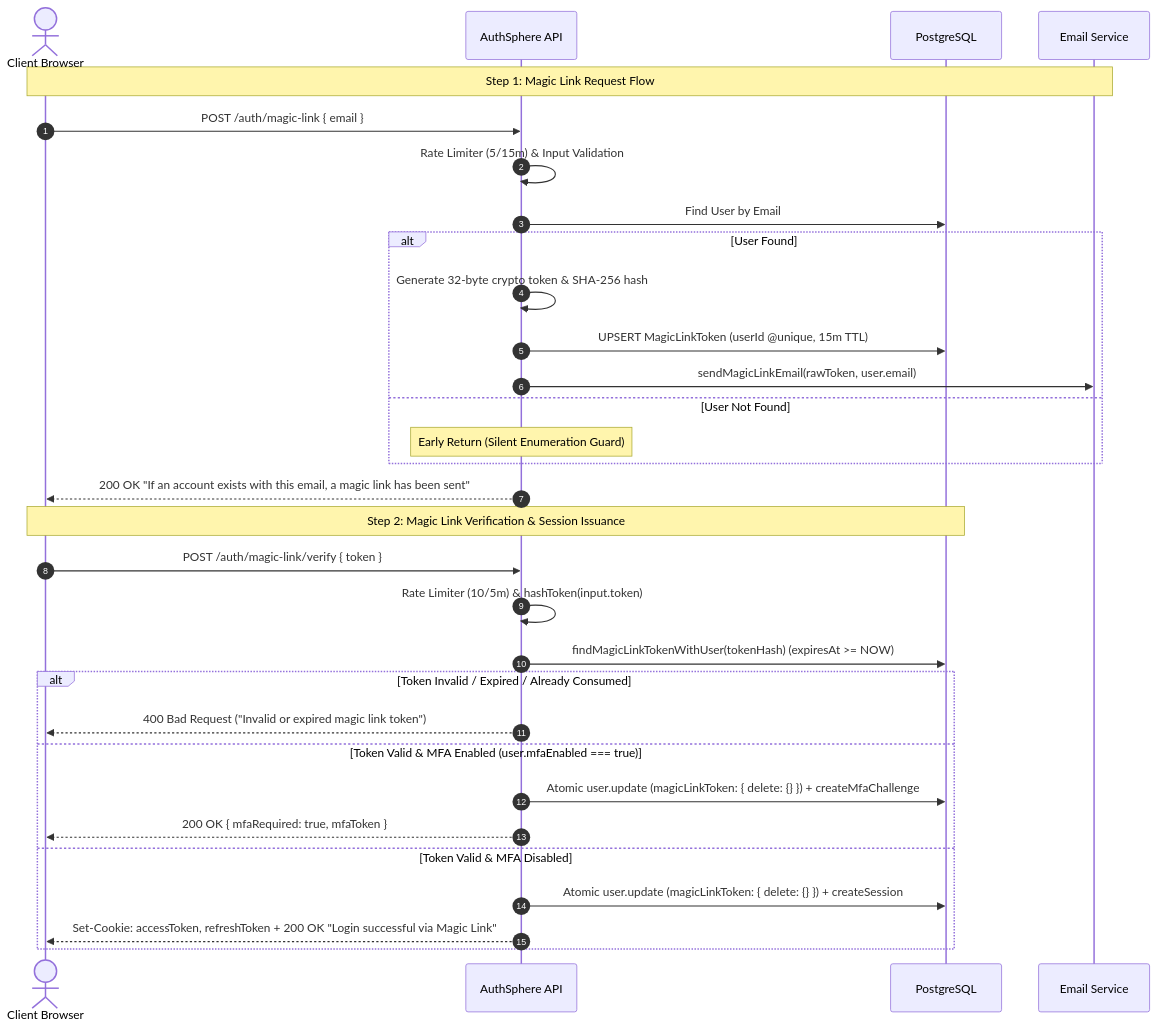
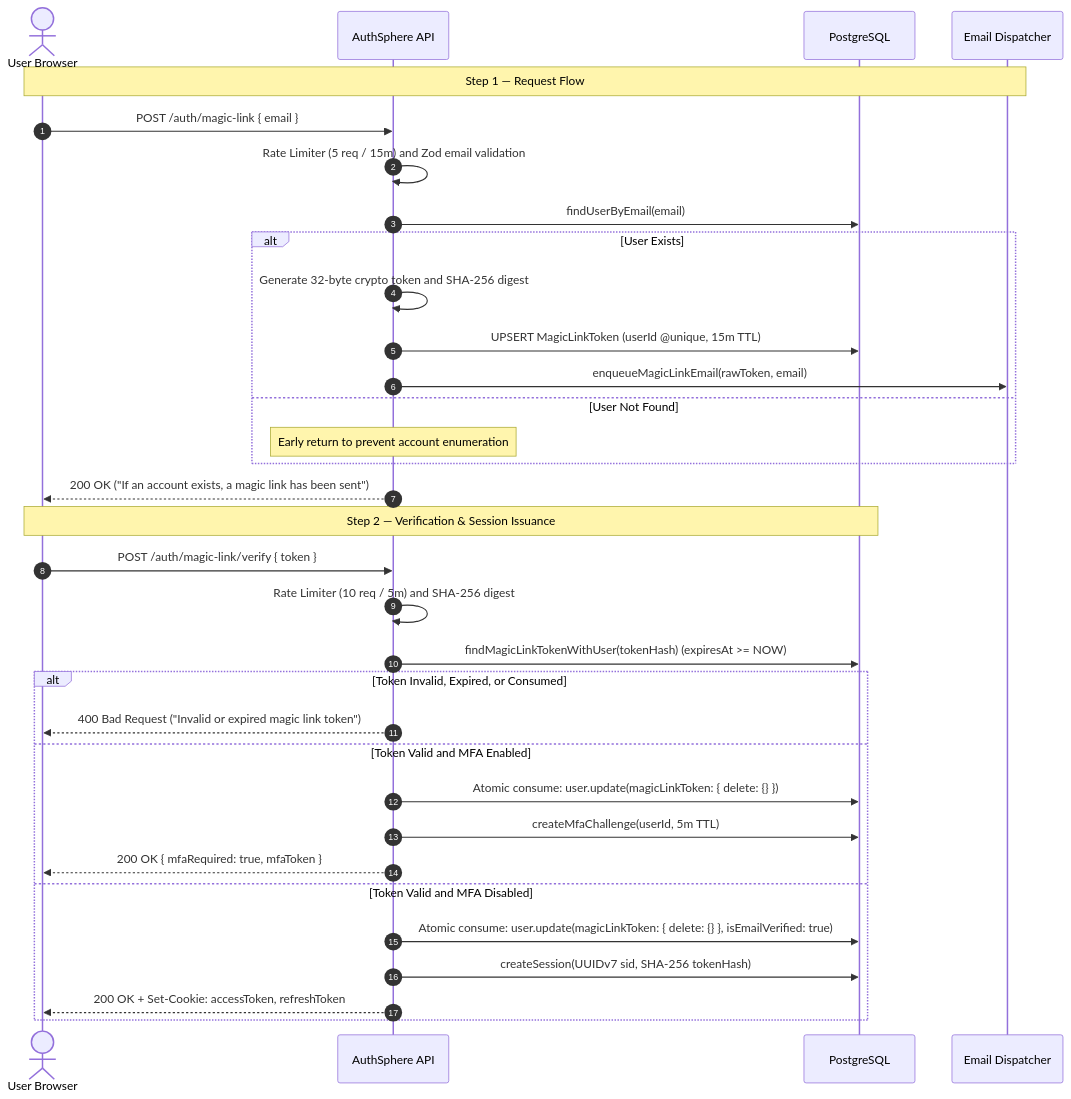
The fifth of 9 diagrams in docs/ARCHITECTURE.md (utkarshj014/authsphere), drawn with Mermaid before and after one commit. The commit also changed other lines of this file and 6 other files, not shown here.

````diff
--- a/docs/ARCHITECTURE.md
+++ b/docs/ARCHITECTURE.md
@@ -409,35 +427,37 @@
 ```mermaid
 sequenceDiagram
     autonumber
-    actor User as Client Browser
+    actor Client as User Browser
     participant API as AuthSphere API
     participant DB as PostgreSQL
-    participant Email as Email Service
+    participant Queue as Email Dispatcher
 
-    Note over User, Email: Step 1: Magic Link Request Flow
-    User->>API: POST /auth/magic-link { email }
-    API->>API: Rate Limiter (5/15m) & Input Validation
-    API->>DB: Find User by Email
-    alt User Found
-        API->>API: Generate 32-byte crypto token & SHA-256 hash
+    Note over Client, Queue: Step 1 — Request Flow
+    Client->>API: POST /auth/magic-link { email }
+    API->>API: Rate Limiter (5 req / 15m) and Zod email validation
+    API->>DB: findUserByEmail(email)
+    alt User Exists
+        API->>API: Generate 32-byte crypto token and SHA-256 digest
         API->>DB: UPSERT MagicLinkToken (userId @unique, 15m TTL)
-        API->>Email: sendMagicLinkEmail(rawToken, user.email)
+        API->>Queue: enqueueMagicLinkEmail(rawToken, email)
     else User Not Found
-        Note over API: Early Return (Silent Enumeration Guard)
+        Note over API: Early return to prevent account enumeration
     end
-    API-->>User: 200 OK "If an account exists with this email, a magic link has been sent"
+    API-->>Client: 200 OK ("If an account exists, a magic link has been sent")
 
-    Note over User, DB: Step 2: Magic Link Verification & Session Issuance
-    User->>API: POST /auth/magic-link/verify { token }
-    API->>API: Rate Limiter (10/5m) & hashToken(input.token)
+    Note over Client, DB: Step 2 — Verification & Session Issuance
+    Client->>API: POST /auth/magic-link/verify { token }
+    API->>API: Rate Limiter (10 req / 5m) and SHA-256 digest
     API->>DB: findMagicLinkTokenWithUser(tokenHash) (expiresAt >= NOW)
-    alt Token Invalid / Expired / Already Consumed
-        API-->>User: 400 Bad Request ("Invalid or expired magic link token")
-    else Token Valid & MFA Enabled (user.mfaEnabled === true)
-        API->>DB: Atomic user.update (magicLinkToken: { delete: {} }) + createMfaChallenge
-        API-->>User: 200 OK { mfaRequired: true, mfaToken }
-    else Token Valid & MFA Disabled
-        API->>DB: Atomic user.update (magicLinkToken: { delete: {} }) + createSession
-        API-->>User: Set-Cookie: accessToken, refreshToken + 200 OK "Login successful via Magic Link"
+    alt Token Invalid, Expired, or Consumed
+        API-->>Client: 400 Bad Request ("Invalid or expired magic link token")
+    else Token Valid and MFA Enabled
+        API->>DB: Atomic consume: user.update(magicLinkToken: { delete: {} })
+        API->>DB: createMfaChallenge(userId, 5m TTL)
+        API-->>Client: 200 OK { mfaRequired: true, mfaToken }
+    else Token Valid and MFA Disabled
+        API->>DB: Atomic consume: user.update(magicLinkToken: { delete: {} }, isEmailVerified: true)
+        API->>DB: createSession(UUIDv7 sid, SHA-256 tokenHash)
+        API-->>Client: 200 OK + Set-Cookie: accessToken, refreshToken
     end
 ```
````
